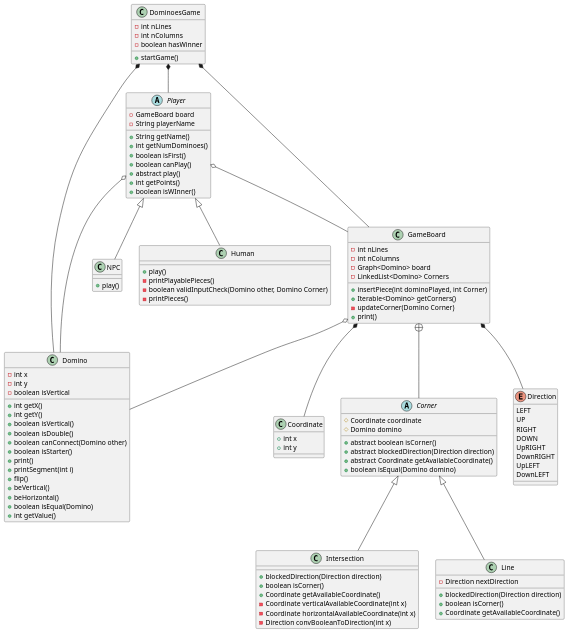
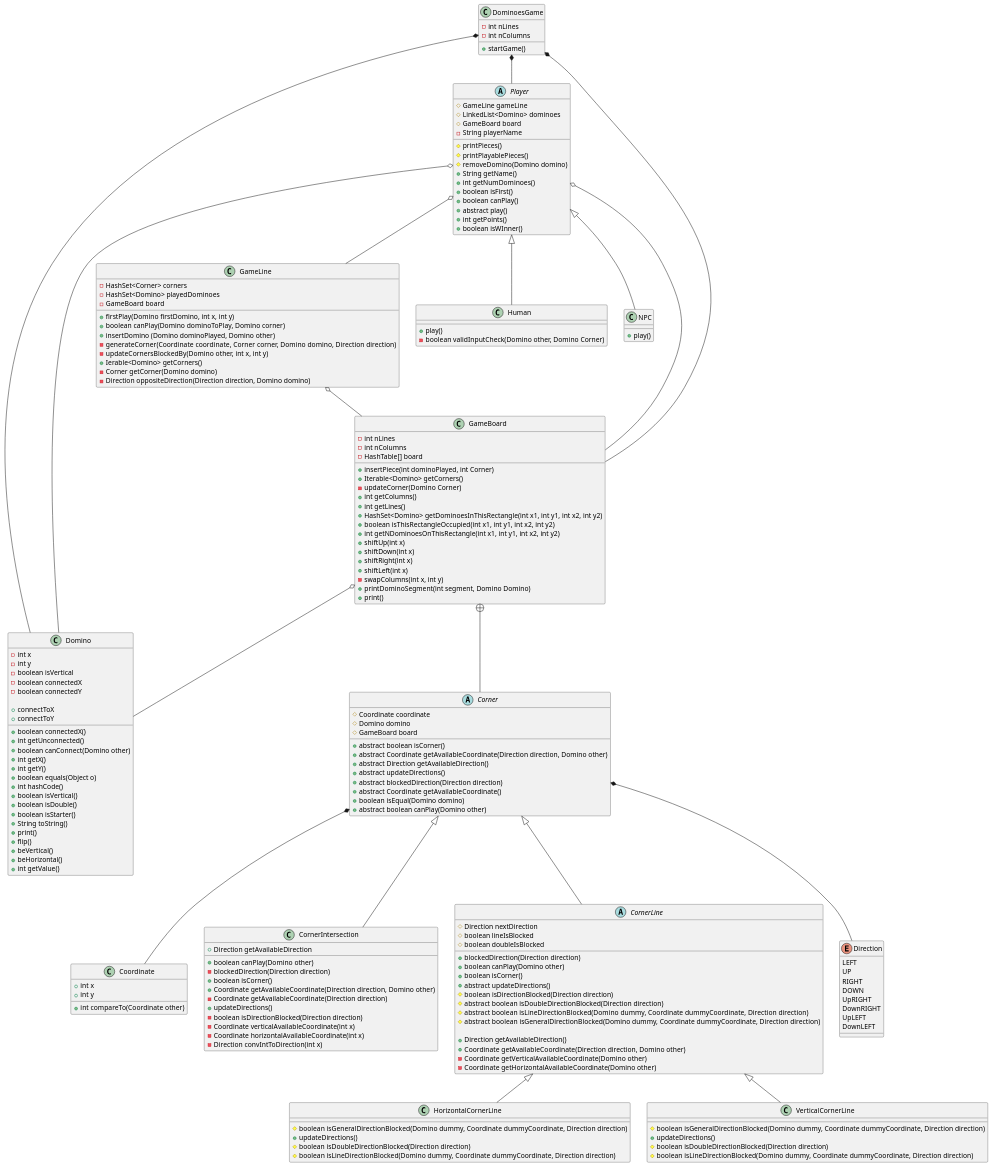
One commit to afonsoflou/DominoPOO changed the diagram in src/DominoUML.puml. Above: the diagram before and after it, drawn with PlantUML.

Commit message:
Integration UML

```diff
--- a/src/DominoUML.puml
+++ b/src/DominoUML.puml
@@ -4,38 +4,92 @@
     - int x
     - int y
     - boolean isVertical
+    - boolean connectedX
+    - boolean connectedY
 
+    + connectToX
+    + connectToY
+    + boolean connectedX()
+    + int getUnconnected()
+    + boolean canConnect(Domino other)
     + int getX()
     + int getY()
+    + boolean equals(Object o)
+    + int hashCode()
     + boolean isVertical()
     + boolean isDouble()
-    + boolean canConnect(Domino other)
     + boolean isStarter()
+    + String toString()
     + print()
-    + printSegment(int i)
     + flip()
     + beVertical()
     + beHorizontal()
-    + boolean isEqual(Domino)
     + int getValue()
 }
+
+class GameLine{
+    -HashSet<Corner> corners
+    -HashSet<Domino> playedDominoes
+    -GameBoard board
+
+    + firstPlay(Domino firstDomino, int x, int y)
+    + boolean canPlay(Domino dominoToPlay, Domino corner)
+    + insertDomino (Domino dominoPlayed, Domino other)
+    - generateCorner(Coordinate coordinate, Corner corner, Domino domino, Direction direction)
+    - updateCornersBlockedBy(Domino other, int x, int y)
+    + Ierable<Domino> getCorners()
+    - Corner getCorner(Domino domino)
+    - Direction oppositeDirection(Direction direction, Domino domino)
+
+}
+
 
 class GameBoard {
     - int nLines
     - int nColumns
-    - Graph<Domino> board
-    - LinkedList<Domino> Corners
+    - HashTable[] board
 
     + insertPiece(int dominoPlayed, int Corner)
     + Iterable<Domino> getCorners()
     - updateCorner(Domino Corner)
+    + int getColumns()
+    + int getLines()
+    + HashSet<Domino> getDominoesInThisRectangle(int x1, int y1, int x2, int y2)
+    + boolean isThisRectangleOccupied(int x1, int y1, int x2, int y2)
+    + int getNDominoesOnThisRectangle(int x1, int y1, int x2, int y2)
+    + shiftUp(int x)
+    + shiftDown(int x)
+    + shiftRight(int x)
+    + shiftLeft(int x)
+    - swapColumns(int x, int y)
+    + printDominoSegment(int segment, Domino Domino)
     + print()
 }
 
+class HorizontalCornerLine{
+    # boolean isGeneralDirectionBlocked(Domino dummy, Coordinate dummyCoordinate, Direction direction)
+    + updateDirections()
+    # boolean isDoubleDirectionBlocked(Direction direction)
+    # boolean isLineDirectionBlocked(Domino dummy, Coordinate dummyCoordinate, Direction direction)
+}
+
+class VerticalCornerLine{
+    # boolean isGeneralDirectionBlocked(Domino dummy, Coordinate dummyCoordinate, Direction direction)
+    + updateDirections()
+    # boolean isDoubleDirectionBlocked(Direction direction)
+    # boolean isLineDirectionBlocked(Domino dummy, Coordinate dummyCoordinate, Direction direction)
+}
+
+
 abstract class Player {
-    - GameBoard board
+    # GameLine gameLine
+    # LinkedList<Domino> dominoes
+    # GameBoard board
     - String playerName
 
+    # printPieces()
+    # printPlayablePieces()
+    # removeDomino(Domino domino)
     + String getName()
     + int getNumDominoes()
     + boolean isFirst()
@@ -48,54 +102,75 @@
 class DominoesGame {
     - int nLines
     - int nColumns
-    - boolean hasWinner
+
     + startGame()
 }
 
 class Human {
-
     + play()
-    - printPlayablePieces()
     - boolean validInputCheck(Domino other, Domino Corner)
-    - printPieces()
 }
 
 class NPC {
-
     + play()
 }
 
 class Coordinate{
     +int x
     +int y
+
+    +int compareTo(Coordinate other)
 }
 
 abstract class Corner{
     #Coordinate coordinate
     #Domino domino
+    #GameBoard board
 
     +abstract boolean isCorner()
+    +abstract Coordinate getAvailableCoordinate(Direction direction, Domino other)
+    +abstract Direction getAvailableDirection()
+    +abstract updateDirections()
     +abstract blockedDirection(Direction direction)
     +abstract Coordinate getAvailableCoordinate()
     +boolean isEqual(Domino domino)
+    +abstract boolean canPlay(Domino other)
 }
 
-class Intersection{
- + blockedDirection(Direction direction)
+class CornerIntersection{
+ + boolean canPlay(Domino other)
+ - blockedDirection(Direction direction)
  + boolean isCorner()
- + Coordinate getAvailableCoordinate()
+ + Direction getAvailableDirection
+ + Coordinate getAvailableCoordinate(Direction direction, Domino other)
+ - Coordinate getAvailableCoordinate(Direction direction)
+ + updateDirections()
+ - boolean isDirectionBlocked(Direction direction)
  - Coordinate verticalAvailableCoordinate(int x)
  - Coordinate horizontalAvailableCoordinate(int x)
- - Direction convBooleanToDirection(int x)
+ - Direction convIntToDirection(int x)
 }
 
-class Line{
-  -Direction nextDirection
 
-  + blockedDirection(Direction direction)
-  + boolean isCorner()
-  + Coordinate getAvailableCoordinate()
-}
+abstract class CornerLine{
+    #Direction nextDirection
+    #boolean lineIsBlocked
+    #boolean doubleIsBlocked
+
+    + blockedDirection(Direction direction)
+    + boolean canPlay(Domino other)
+    + boolean isCorner()
+    + abstract updateDirections()
+    # boolean isDirectionBlocked(Direction direction)
+    # abstract boolean isDoubleDirectionBlocked(Direction direction)
+    # abstract boolean isLineDirectionBlocked(Domino dummy, Coordinate dummyCoordinate, Direction direction)
+    # abstract boolean isGeneralDirectionBlocked(Domino dummy, Coordinate dummyCoordinate, Direction direction)
+
+    + Direction getAvailableDirection()
+    + Coordinate getAvailableCoordinate(Direction direction, Domino other)
+    - Coordinate getVerticalAvailableCoordinate(Domino other)
+    - Coordinate getHorizontalAvailableCoordinate(Domino other)
+    }
 
 enum Direction{
     LEFT
@@ -111,15 +186,19 @@
 DominoesGame *-- Domino
 DominoesGame *-- GameBoard
 DominoesGame *-- Player
-GameBoard *-- Coordinate
-GameBoard *-- Direction
+Corner *-- Coordinate
+Corner *-- Direction
 GameBoard o-- Domino
 Player o-- Domino
+Player o-- GameLine
 Player o-- GameBoard
+GameLine o-- GameBoard
 Player <|-- Human
 Player <|--NPC
-Corner <|-- Intersection
-Corner <|-- Line
+Corner <|-- CornerIntersection
+Corner <|-- CornerLine
+CornerLine <|-- HorizontalCornerLine
+CornerLine <|-- VerticalCornerLine
 GameBoard +-- Corner
 
 @enduml
```
